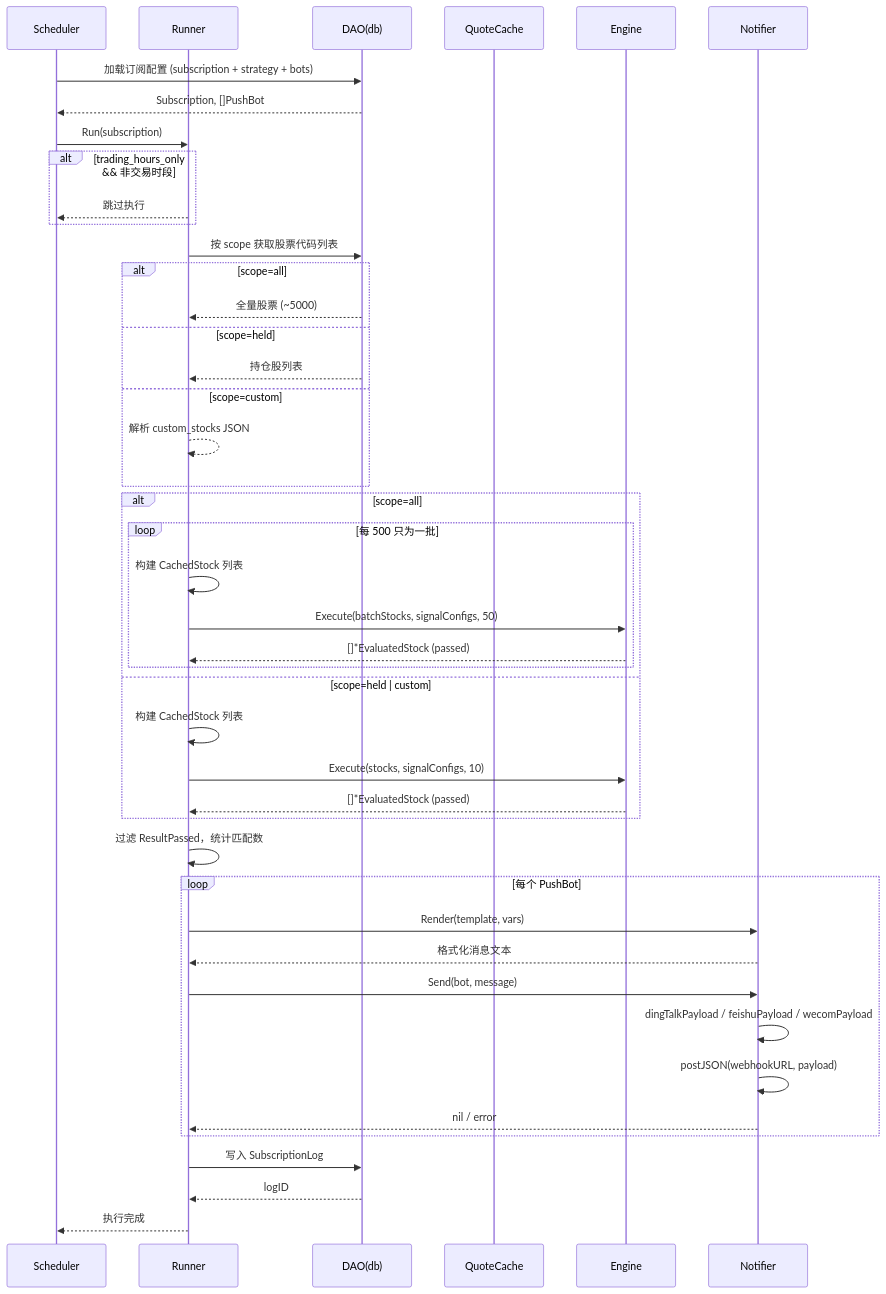
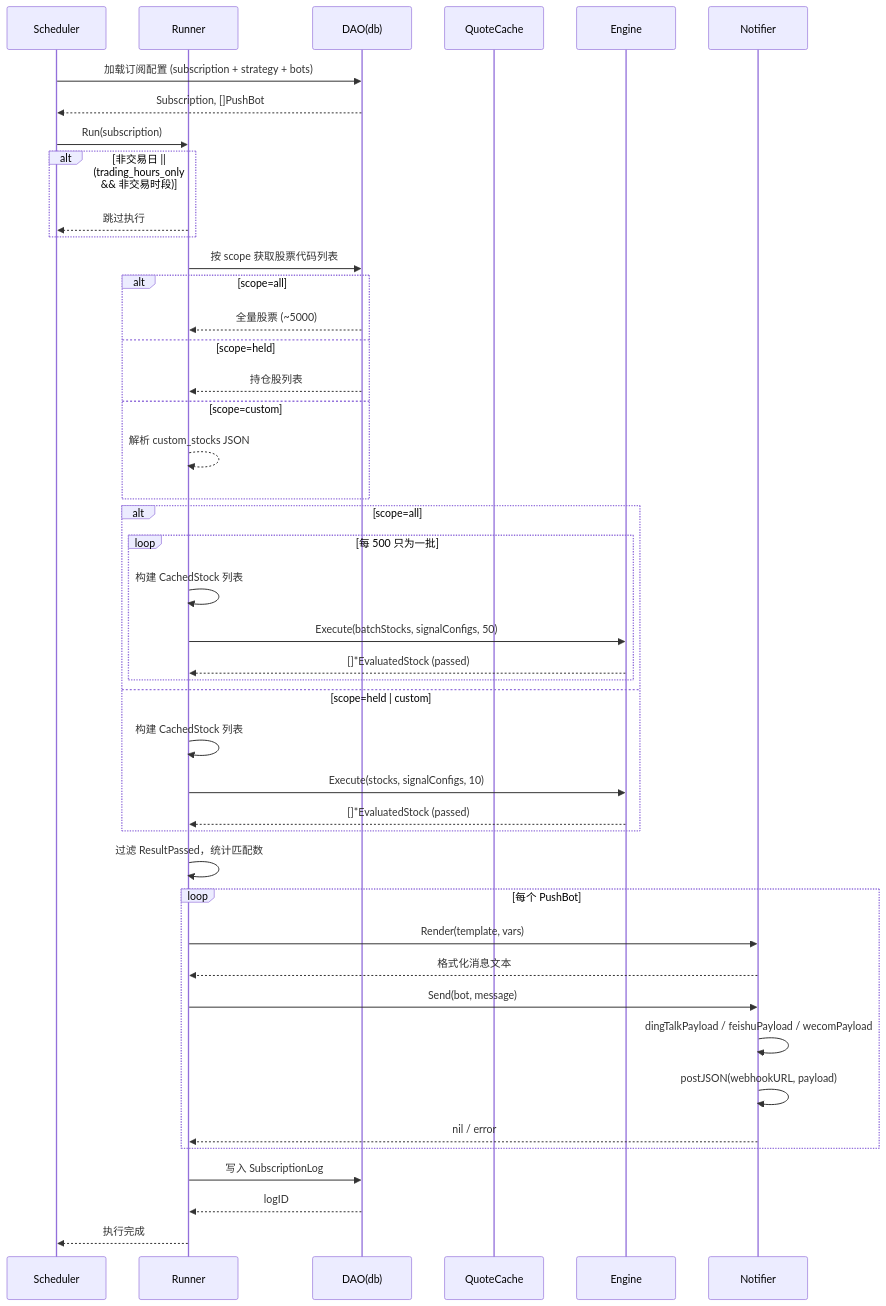
Before and after one commit to xiangyt/stock-ai: the first of 4 diagrams in docs/architecture/strategy-subscription-design.md, drawn with Mermaid. The commit also changed other lines of this file and 6 other files, not shown here.

````diff
--- a/docs/architecture/strategy-subscription-design.md
+++ b/docs/architecture/strategy-subscription-design.md
@@ -295,53 +295,53 @@
 ```mermaid
 sequenceDiagram
     participant S as Scheduler
     participant R as Runner
     participant DB as DAO(db)
     participant QC as QuoteCache
     participant E as Engine
     participant N as Notifier
 
     S->>DB: 加载订阅配置 (subscription + strategy + bots)
     DB-->>S: Subscription, []PushBot
     S->>R: Run(subscription)
 
-    alt trading_hours_only && 非交易时段
+    alt 非交易日 || (trading_hours_only && 非交易时段)
         R-->>S: 跳过执行
     end
 
     R->>DB: 按 scope 获取股票代码列表
     alt scope=all
         DB-->>R: 全量股票 (~5000)
     else scope=held
         DB-->>R: 持仓股列表
     else scope=custom
         R-->>R: 解析 custom_stocks JSON
     end
 
     alt scope=all
         loop 每 500 只为一批
             R->>R: 构建 CachedStock 列表
             R->>E: Execute(batchStocks, signalConfigs, 50)
             E-->>R: []*EvaluatedStock (passed)
         end
     else scope=held | custom
         R->>R: 构建 CachedStock 列表
         R->>E: Execute(stocks, signalConfigs, 10)
         E-->>R: []*EvaluatedStock (passed)
     end
 
     R->>R: 过滤 ResultPassed，统计匹配数
 
     loop 每个 PushBot
         R->>N: Render(template, vars)
         N-->>R: 格式化消息文本
         R->>N: Send(bot, message)
         N->>N: dingTalkPayload / feishuPayload / wecomPayload
         N->>N: postJSON(webhookURL, payload)
         N-->>R: nil / error
     end
 
     R->>DB: 写入 SubscriptionLog
     DB-->>R: logID
     R-->>S: 执行完成
 ```
````
